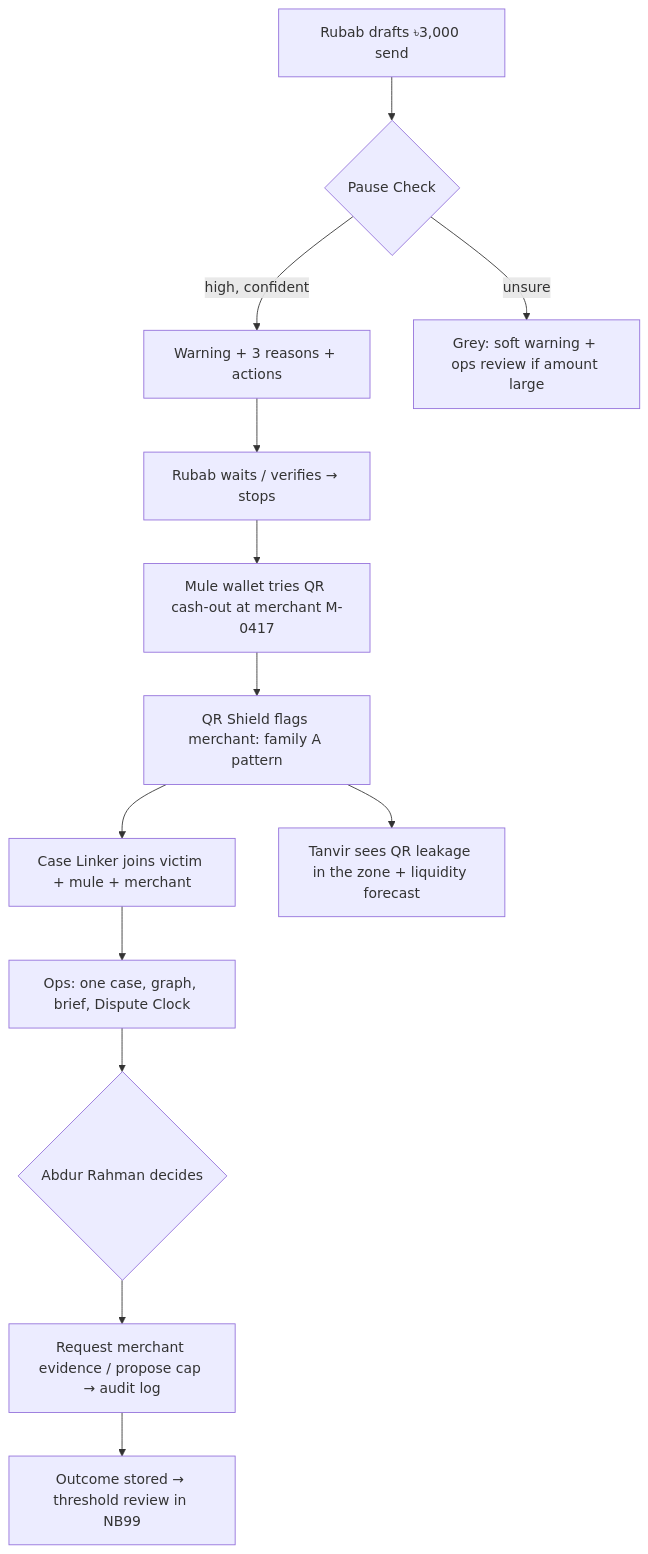
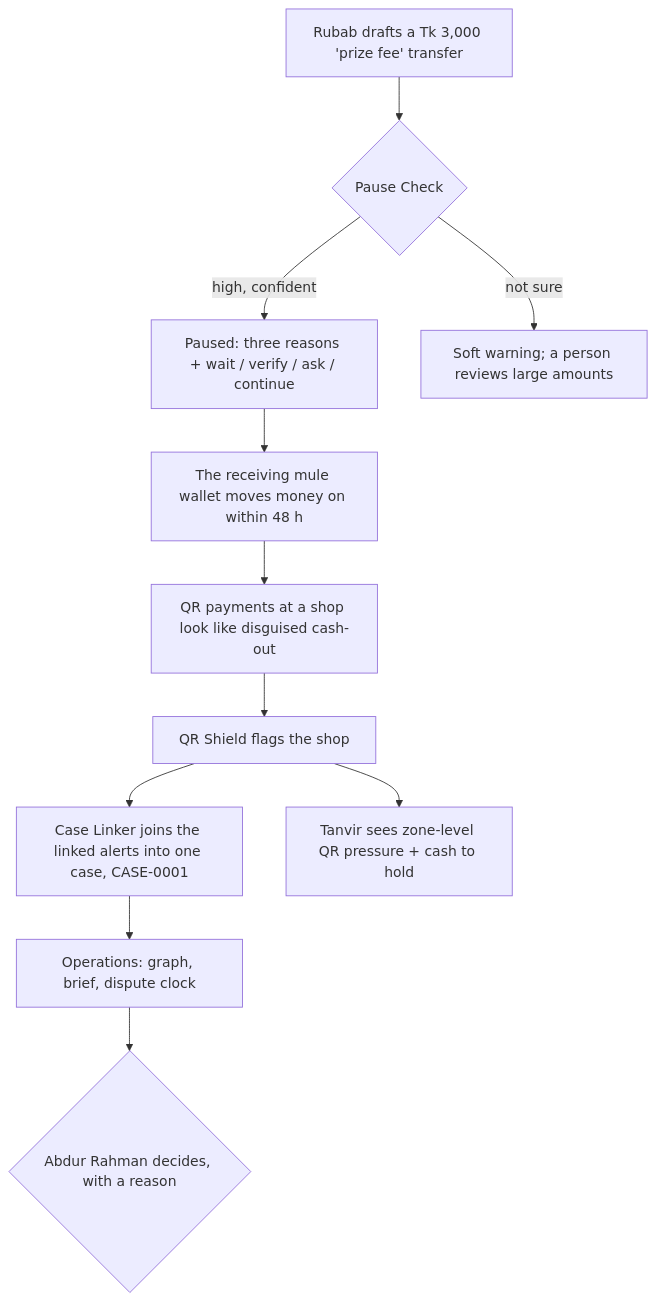
One commit to ABRUBAB/takaresolve-ai-hackathon-2026 changed the third of 3 diagrams in docs/architecture.md. Above: the diagram before and after it, drawn with Mermaid. The commit also changed other lines of this file and 9 other files, not shown here.

````diff
--- a/docs/architecture.md
+++ b/docs/architecture.md
@@ -59,15 +57,13 @@
 ```mermaid
 flowchart TD
-  A[Rubab drafts ৳3,000 send] --> B{Pause Check}
-  B -- high, confident --> C[Warning + 3 reasons + actions]
-  B -- unsure --> D[Grey: soft warning + ops review if amount large]
-  C --> E[Rubab waits / verifies → stops]
-  E --> F[Mule wallet tries QR cash-out at merchant M-0417]
-  F --> G[QR Shield flags merchant: family A pattern]
-  G --> H[Case Linker joins victim + mule + merchant]
-  H --> I[Ops: one case, graph, brief, Dispute Clock]
-  I --> J{Abdur Rahman decides}
-  J --> K[Request merchant evidence / propose cap → audit log]
-  G --> L[Tanvir sees QR leakage in the zone + liquidity forecast]
-  K --> M[Outcome stored → threshold review in NB99]
+  A[Rubab drafts a Tk 3,000 'prize fee' transfer] --> B{Pause Check}
+  B -- high, confident --> C[Paused: three reasons + wait / verify / ask / continue]
+  B -- not sure --> D[Soft warning; a person reviews large amounts]
+  C --> E[The receiving mule wallet moves money on within 48 h]
+  E --> F[QR payments at a shop look like disguised cash-out]
+  F --> G[QR Shield flags the shop]
+  G --> H[Case Linker joins the linked alerts into one case, CASE-0001]
+  H --> I[Operations: graph, brief, dispute clock]
+  I --> J{Abdur Rahman decides, with a reason}
+  G --> L[Tanvir sees zone-level QR pressure + cash to hold]
 ```
````
